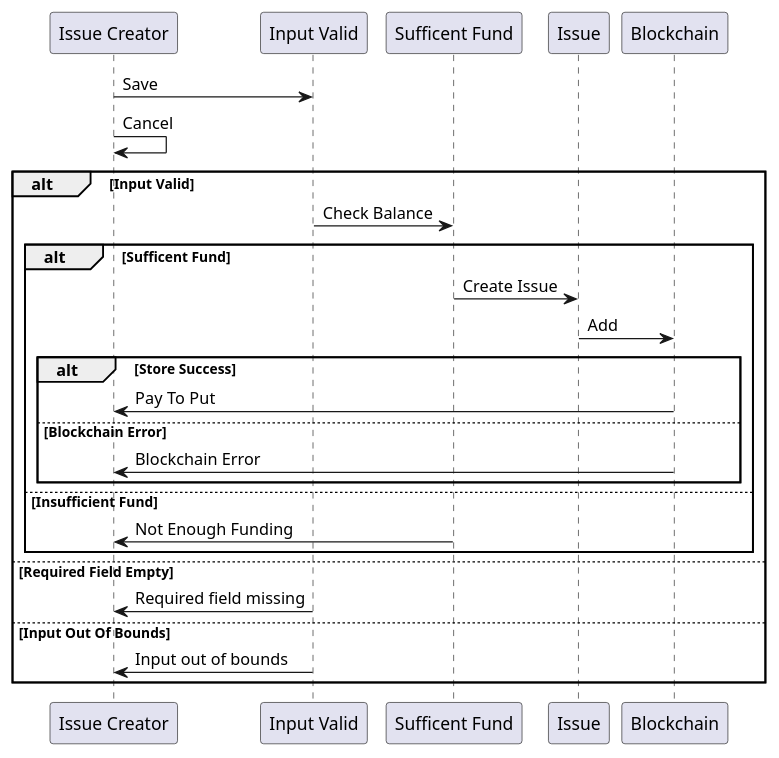
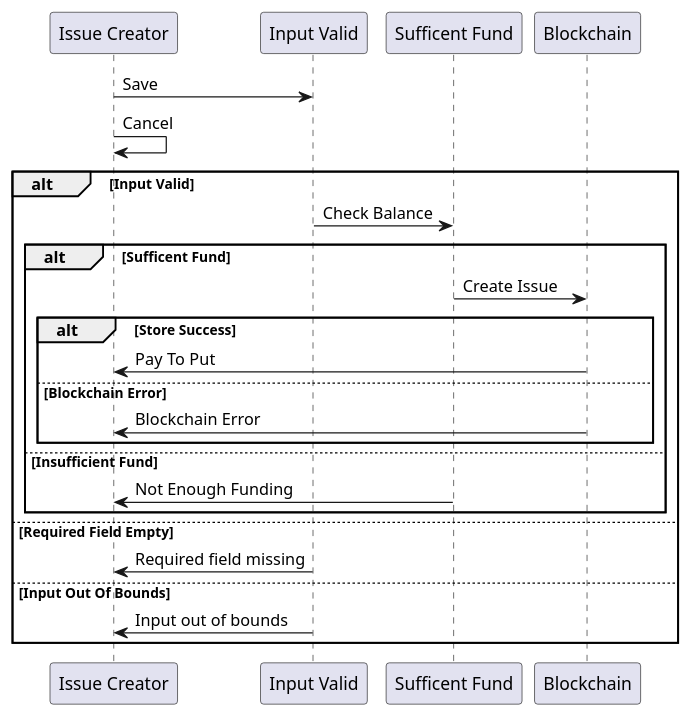
The diagram in UML/UC0010 - Create Issue - Pay to Put/UC10 - Activity.puml (NeaBouli/TrueRepublic), drawn with PlantUML before and after one commit. The commit also changed 18 other files, not shown here.

```diff
--- a/UML/UC0010 - Create Issue - Pay to Put/UC10 - Activity.puml
+++ b/UML/UC0010 - Create Issue - Pay to Put/UC10 - Activity.puml
@@ -1,33 +1,32 @@
 @startuml "UC10 Create Issue"
 "Issue Creator" -> "Input Valid": Save
 "Issue Creator" -> "Issue Creator": Cancel
 
 alt Input Valid
 
     "Input Valid" -> "Sufficent Fund": Check Balance
 
     alt Sufficent Fund
-        "Sufficent Fund" -> Issue: Create Issue
-        "Issue" -> "Blockchain": Add 
+        "Sufficent Fund" -> Blockchain: Create Issue
         
         alt Store Success
              "Blockchain" -> "Issue Creator": Pay To Put
         else Blockchain Error
             "Blockchain" -> "Issue Creator" : Blockchain Error
         end
          
     else Insufficient Fund
         "Sufficent Fund" -> "Issue Creator" : Not Enough Funding
      end
     
 else Required Field Empty
 
     "Input Valid" -> "Issue Creator": Required field missing
 
 else Input Out Of Bounds
 
    "Input Valid" -> "Issue Creator": Input out of bounds
 
 end
 
 @enduml
```
